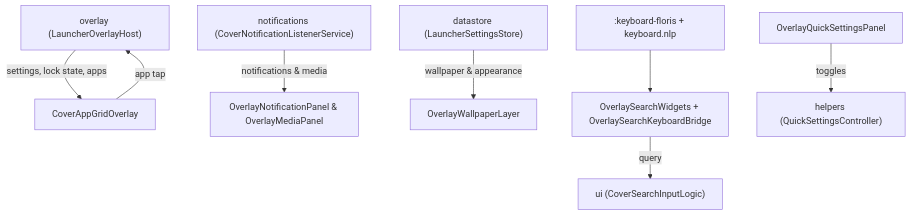
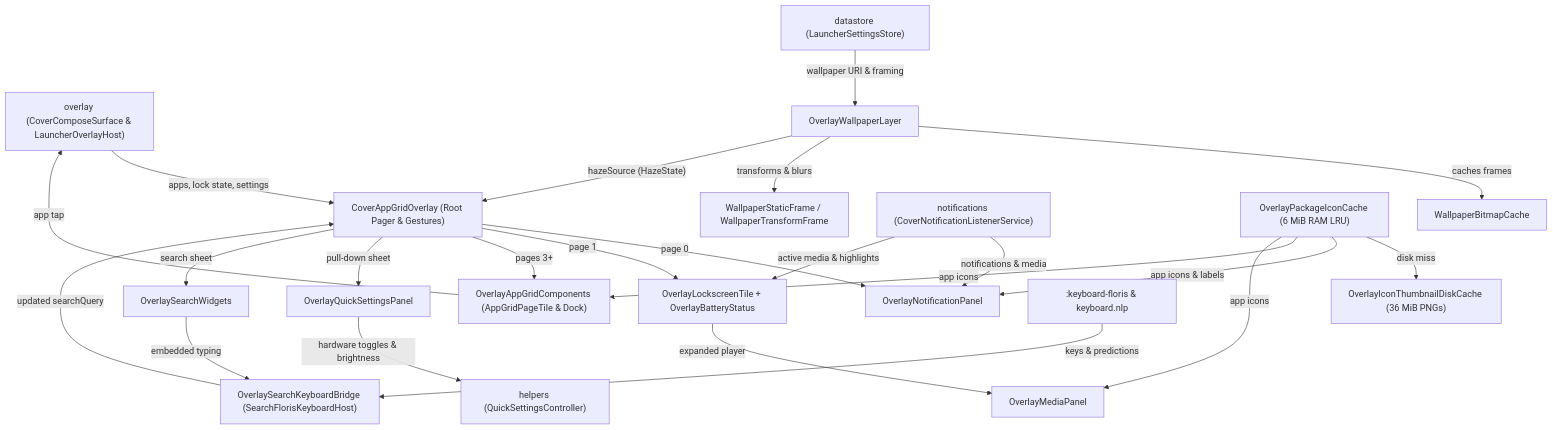
The diagram in app/src/main/java/com/tyejaedon/coverscreenos/ui/launcher/README.md (tyejaedon/Cover-Screen-OS), drawn with Mermaid before and after one commit. The commit also changed other lines of this file and 157 other files, not shown here.

Commit message:
refactor: add documentation and readmes across all app modules and components

````diff
--- a/app/src/main/java/com/tyejaedon/coverscreenos/ui/launcher/README.md
+++ b/app/src/main/java/com/tyejaedon/coverscreenos/ui/launcher/README.md
@@ -27,10 +203,30 @@
 ```mermaid
 flowchart TD
-    Host["overlay (LauncherOverlayHost)"] -->|"settings, lock state, apps"| Root["CoverAppGridOverlay"]
-    Notifs["notifications (CoverNotificationListenerService)"] -->|"notifications & media"| Panels["OverlayNotificationPanel & OverlayMediaPanel"]
-    Store["datastore (LauncherSettingsStore)"] -->|"wallpaper & appearance"| Wallpaper["OverlayWallpaperLayer"]
-    Search["OverlaySearchWidgets + OverlaySearchKeyboardBridge"] -->|"query"| Logic["ui (CoverSearchInputLogic)"]
-    Floris[":keyboard-floris + keyboard.nlp"] --> Search
-    QS["OverlayQuickSettingsPanel"] -->|"toggles"| Helpers["helpers (QuickSettingsController)"]
-    Root -->|"app tap"| Host
+    Host["overlay (CoverComposeSurface & LauncherOverlayHost)"] -->|"apps, lock state, settings"| Root["CoverAppGridOverlay (Root Pager & Gestures)"]
+    Store["datastore (LauncherSettingsStore)"] -->|"wallpaper URI & framing"| Wallpaper["OverlayWallpaperLayer"]
+    Wallpaper -->|"caches frames"| WCache["WallpaperBitmapCache"]
+    Wallpaper -->|"transforms & blurs"| WFrame["WallpaperStaticFrame / WallpaperTransformFrame"]
+    Wallpaper -->|"hazeSource (HazeState)"| Root
+
+    Root -->|"page 0"| NotifsUI["OverlayNotificationPanel"]
+    Root -->|"page 1"| LockUI["OverlayLockscreenTile + OverlayBatteryStatus"]
+    Root -->|"pages 3+"| GridUI["OverlayAppGridComponents (AppGridPageTile & Dock)"]
+    Root -->|"pull-down sheet"| QSUI["OverlayQuickSettingsPanel"]
+    Root -->|"search sheet"| SearchUI["OverlaySearchWidgets"]
+
+    NotifSvc["notifications (CoverNotificationListenerService)"] -->|"notifications & media"| NotifsUI
+    NotifSvc -->|"active media & highlights"| LockUI
+    LockUI -->|"expanded player"| MediaUI["OverlayMediaPanel"]
+
+    IconsRAM["OverlayPackageIconCache (6 MiB RAM LRU)"] -->|"disk miss"| IconsDisk["OverlayIconThumbnailDiskCache (36 MiB PNGs)"]
+    IconsRAM -->|"app icons & labels"| NotifsUI
+    IconsRAM -->|"app icons"| GridUI
+    IconsRAM -->|"app icons"| MediaUI
+
+    SearchUI -->|"embedded typing"| KbdBridge["OverlaySearchKeyboardBridge (SearchFlorisKeyboardHost)"]
+    Floris[":keyboard-floris & keyboard.nlp"] -->|"keys & predictions"| KbdBridge
+    KbdBridge -->|"updated searchQuery"| Root
+
+    QSUI -->|"hardware toggles & brightness"| Helpers["helpers (QuickSettingsController)"]
+    GridUI -->|"app tap"| Host
 ```
````
